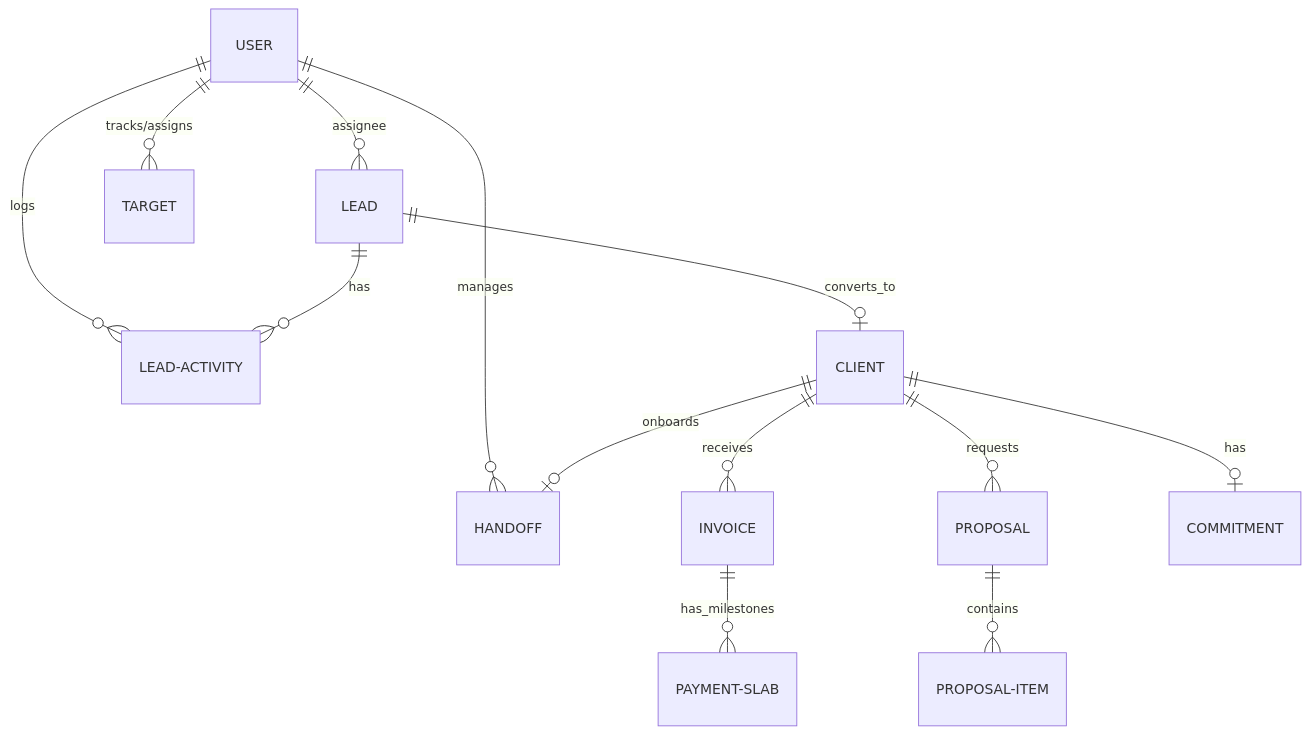
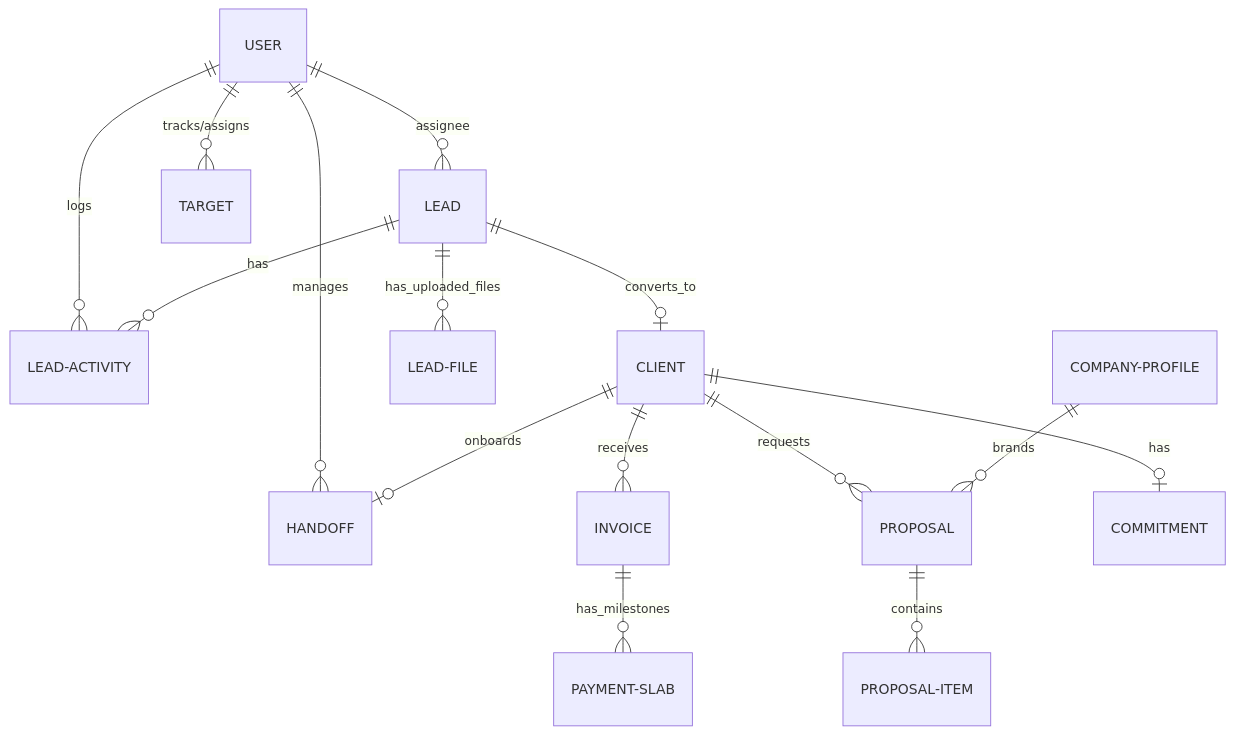
One commit to sid0803/thevertical-revops changed the third of 5 diagrams in README.md. Above: the diagram before and after it, drawn with Mermaid. The commit also changed other lines of this file and 23 other files, not shown here.

Commit message:
feat: add company profile, file management, and task routing; update frontend views and backend logic

````diff
--- a/README.md
+++ b/README.md
@@ -44,15 +91,17 @@
 ```mermaid
 erDiagram
     USER ||--o{ LEAD : "assignee"
     USER ||--o{ LEAD-ACTIVITY : "logs"
     USER ||--o{ TARGET : "tracks/assigns"
     USER ||--o{ HANDOFF : "manages"
     LEAD ||--o{ LEAD-ACTIVITY : "has"
     LEAD ||--o| CLIENT : "converts_to"
+    LEAD ||--o{ LEAD-FILE : "has_uploaded_files"
     CLIENT ||--o{ INVOICE : "receives"
     CLIENT ||--o{ PROPOSAL : "requests"
     CLIENT ||--o| COMMITMENT : "has"
     CLIENT ||--o| HANDOFF : "onboards"
     INVOICE ||--o{ PAYMENT-SLAB : "has_milestones"
     PROPOSAL ||--o{ PROPOSAL-ITEM : "contains"
+    COMPANY-PROFILE ||--o{ PROPOSAL : "brands"
 ```
````
